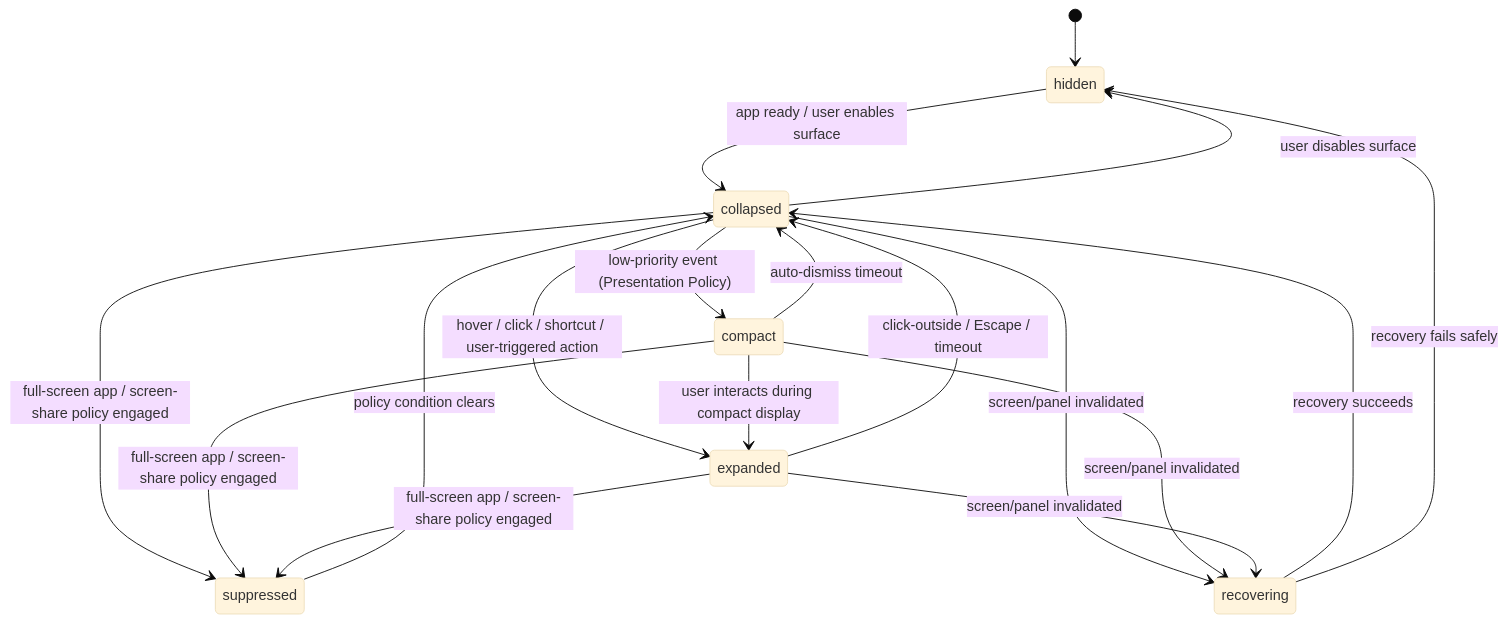
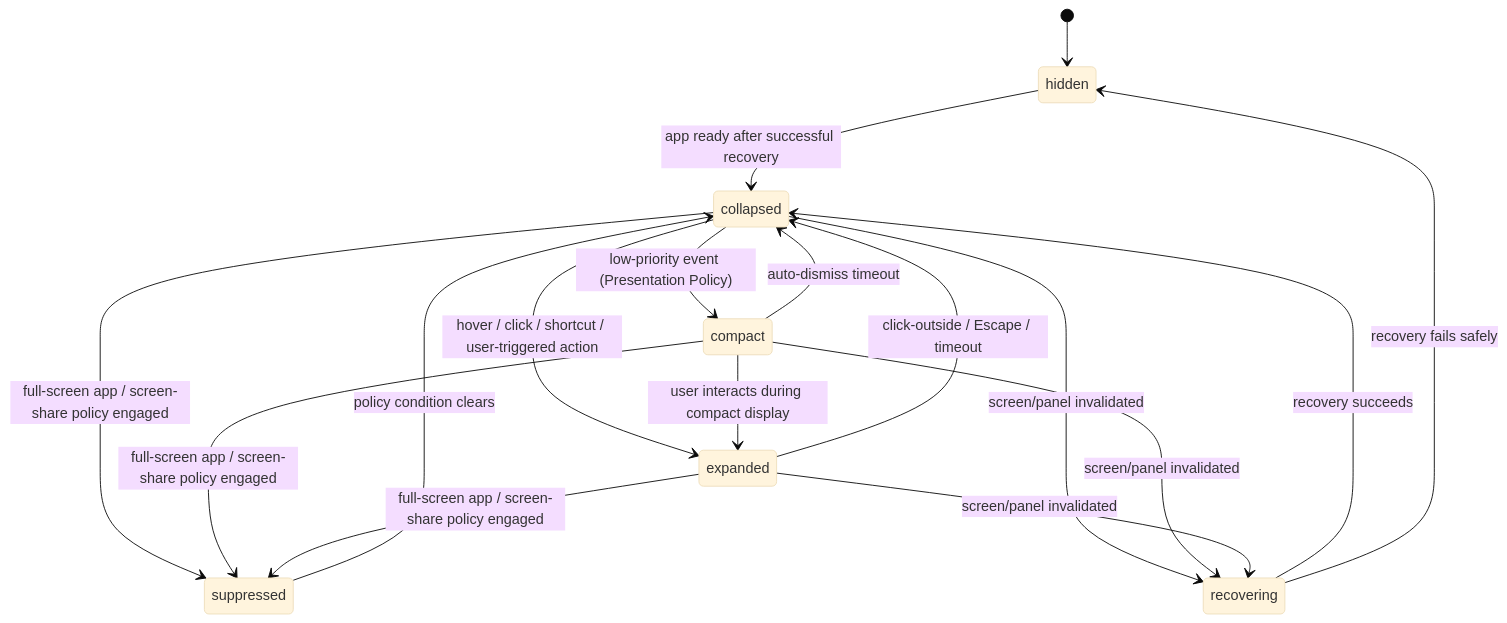
One commit to hailp-vn38/NotchHub changed the first of 2 diagrams in docs/architecture/notch-surface.md. Above: the diagram before and after it, drawn with Mermaid (base theme). The commit also changed other lines of this file and 32 other files, not shown here.

````diff
--- a/docs/architecture/notch-surface.md
+++ b/docs/architecture/notch-surface.md
@@ -101,20 +97,19 @@
 ```mermaid
 stateDiagram-v2
     [*] --> hidden
-    hidden --> collapsed: app ready / user enables surface
+    hidden --> collapsed: app ready after successful recovery
     collapsed --> compact: low-priority event (Presentation Policy)
     compact --> collapsed: auto-dismiss timeout
     collapsed --> expanded: hover / click / shortcut / user-triggered action
     compact --> expanded: user interacts during compact display
     expanded --> collapsed: click-outside / Escape / timeout
     collapsed --> suppressed: full-screen app / screen-share policy engaged
     compact --> suppressed: full-screen app / screen-share policy engaged
     expanded --> suppressed: full-screen app / screen-share policy engaged
     suppressed --> collapsed: policy condition clears
     collapsed --> recovering: screen/panel invalidated
     compact --> recovering: screen/panel invalidated
     expanded --> recovering: screen/panel invalidated
     recovering --> collapsed: recovery succeeds
     recovering --> hidden: recovery fails safely
-    collapsed --> hidden: user disables surface
 ```
````
